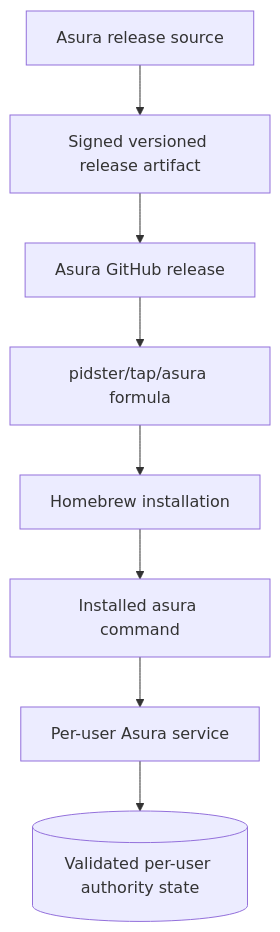
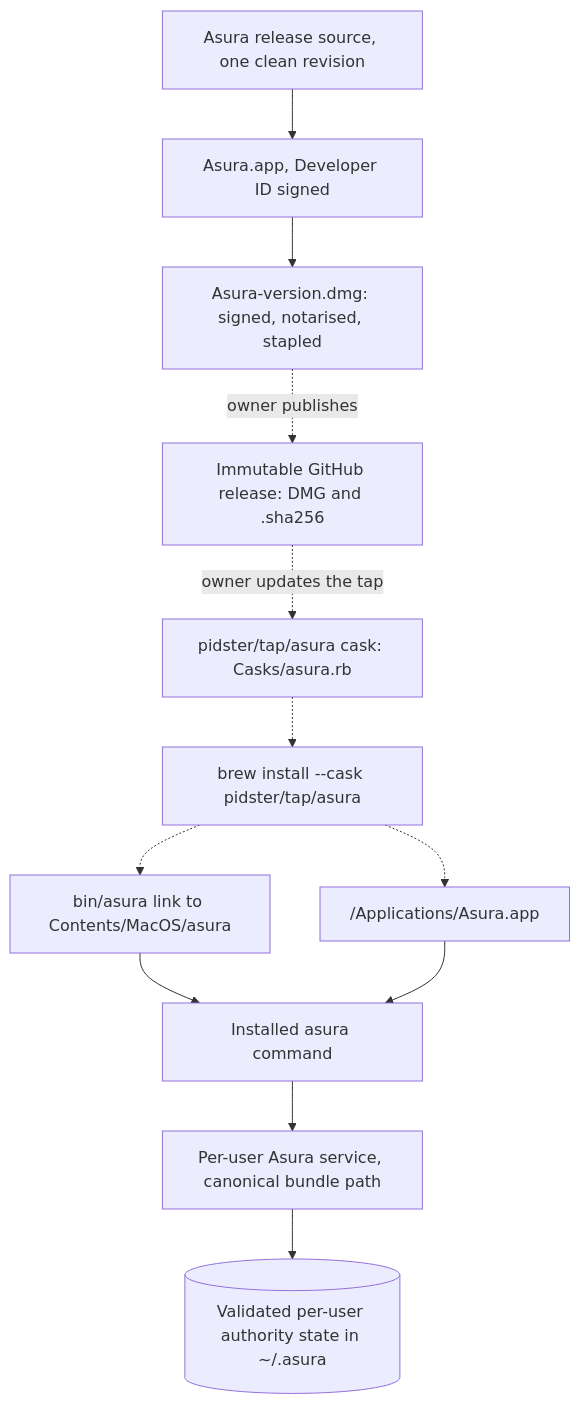
The diagram in docs/decisions/0008-homebrew-tap-distribution.md (pidster/asura), drawn with Mermaid before and after one commit. The commit also changed other lines of this file and 10 other files, not shown here.

First line of the commit message:
Design the signed DMG and Homebrew cask distribution (SG6)

````diff
--- a/docs/decisions/0008-homebrew-tap-distribution.md
+++ b/docs/decisions/0008-homebrew-tap-distribution.md
@@ -39,10 +64,14 @@
 ```mermaid
 flowchart TD
-    Source["Asura release source"] --> Build["Signed versioned release artifact"]
-    Build --> GH["Asura GitHub release"]
-    GH --> Formula["pidster/tap/asura formula"]
-    Formula --> Brew["Homebrew installation"]
-    Brew --> Client["Installed asura command"]
-    Client --> Service["Per-user Asura service"]
-    Service --> State[("Validated per-user authority state")]
+    Source["Asura release source, one clean revision"] --> App["Asura.app, Developer ID signed"]
+    App --> DMG["Asura-version.dmg: signed, notarised, stapled"]
+    DMG -.->|"owner publishes"| GH["Immutable GitHub release: DMG and .sha256"]
+    GH -.->|"owner updates the tap"| Cask["pidster/tap/asura cask: Casks/asura.rb"]
+    Cask -.-> Brew["brew install --cask pidster/tap/asura"]
+    Brew -.-> AppDir["/Applications/Asura.app"]
+    Brew -.-> Link["bin/asura link to Contents/MacOS/asura"]
+    Link --> Client["Installed asura command"]
+    AppDir --> Client
+    Client --> Service["Per-user Asura service, canonical bundle path"]
+    Service --> State[("Validated per-user authority state in ~/.asura")]
 ```
````
